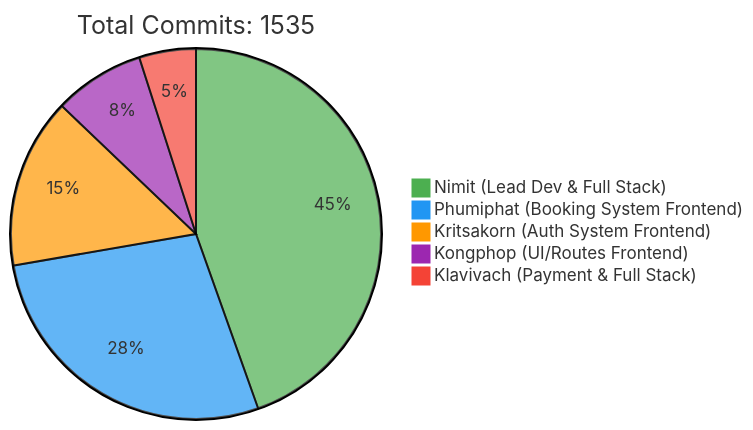
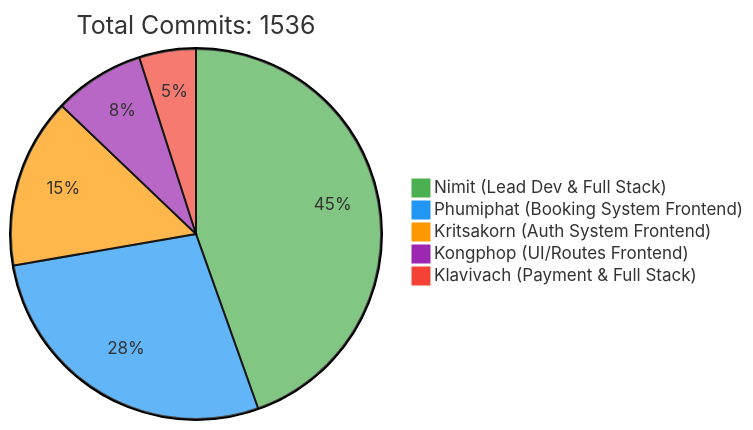
Before and after one commit to 6531503042/Sport-Complex: the first of 2 diagrams in README.md, drawn with Mermaid. The commit also changed other lines of this file, not shown here.

Commit message:
docs: Update contributor statistics [skip ci]

````diff
--- a/README.md
+++ b/README.md
@@ -257,10 +257,10 @@
 ```mermaid
 %%{init: {'theme': 'base', 'themeVariables': { 'pie1': '#4CAF50', 'pie2': '#2196F3', 'pie3': '#FF9800', 'pie4': '#9C27B0', 'pie5': '#F44336'}}}%%
 pie
-    title Total Commits: 1535
+    title Total Commits: 1536
     "Nimit (Lead Dev & Full Stack)" : 450
     "Phumiphat (Booking System Frontend)" : 280
     "Kritsakorn (Auth System Frontend)" : 150
     "Kongphop (UI/Routes Frontend)" : 80
     "Klavivach (Payment & Full Stack)" : 50
 ```
````
